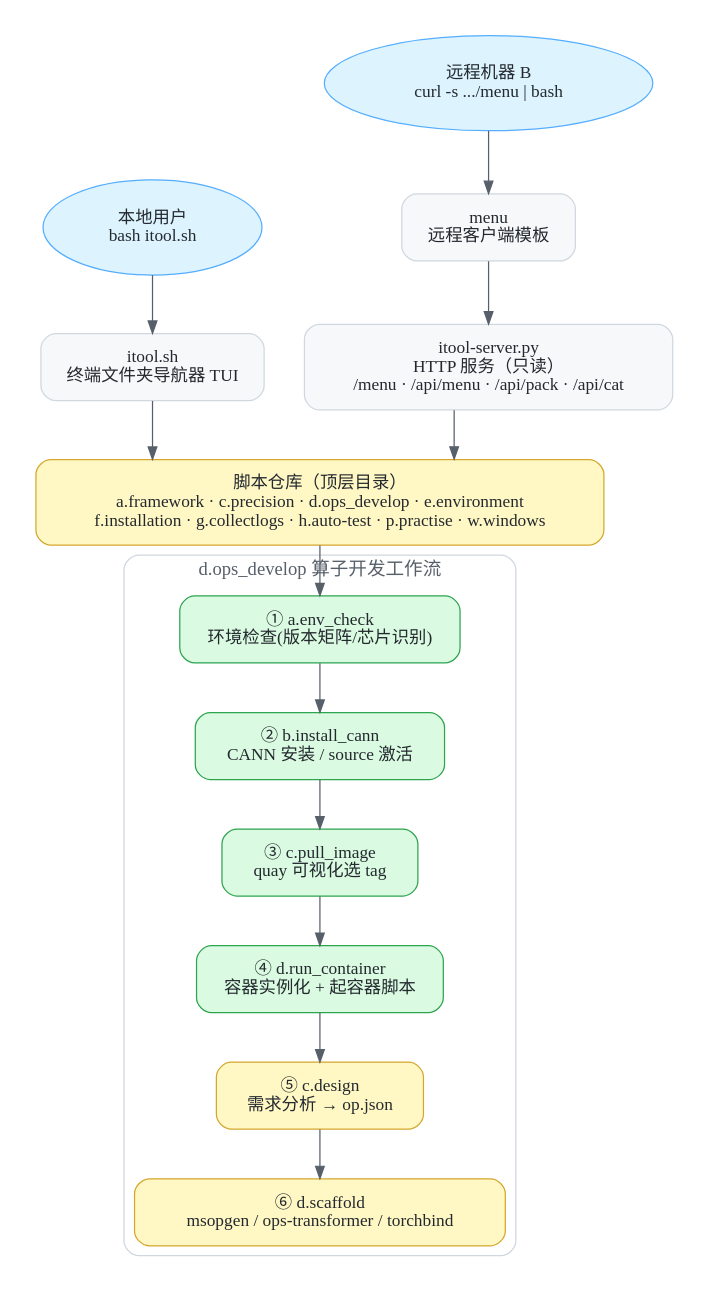
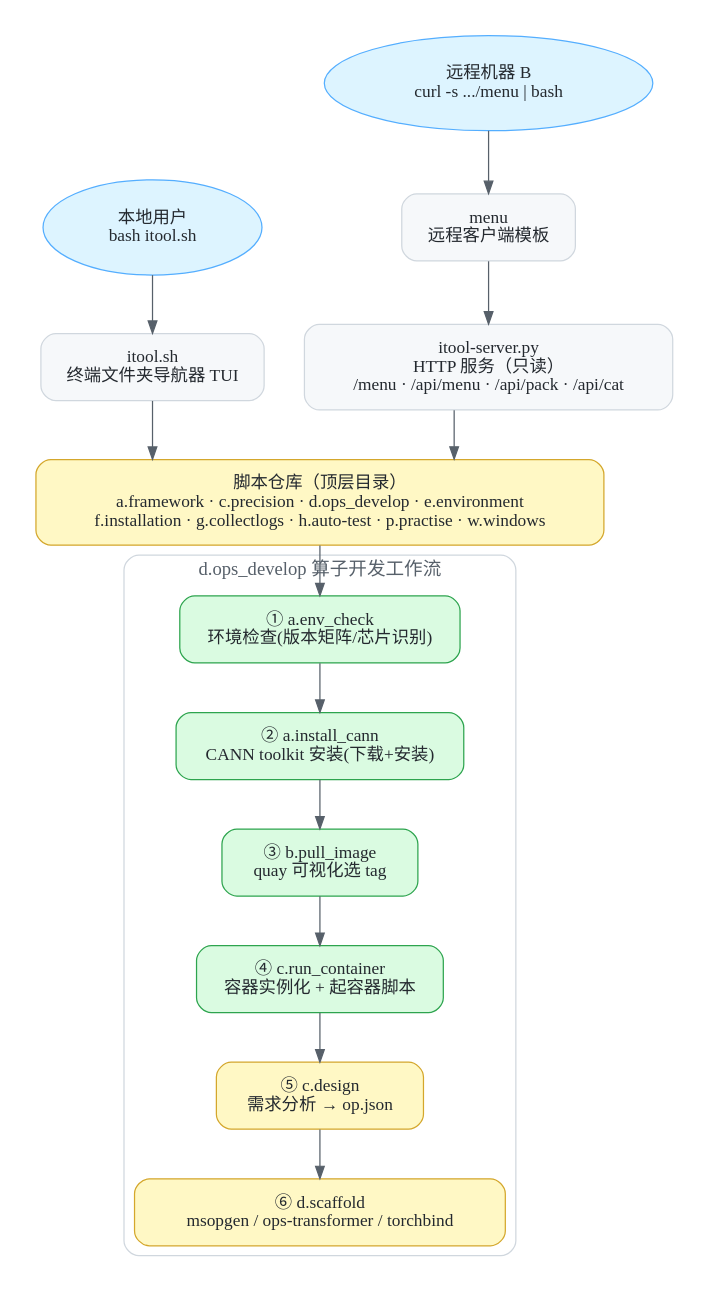
One commit to qqiushizi/itool changed the diagram in docs/itool-flow.dot. Above: the diagram before and after it, drawn with Graphviz. The commit also changed 11 other files, not shown here.

Commit message:
Merge CANN download/install into single toolkit installer

```diff
--- a/docs/itool-flow.dot
+++ b/docs/itool-flow.dot
@@ -1,65 +1,65 @@
 // itool 项目流程图 (Graphviz DOT)
 // 算子开发 ①→⑦ 流程图, 用于生成 docs/itool-flow.png
 // 重新生成:  dot -Tpng -Gdpi=120 docs/itool-flow.dot -o docs/itool-flow.png
 digraph itool {
   graph [
     rankdir=TB
     splines=ortho
     bgcolor="#ffffff"
     fontname="PingFang SC"
     fontsize=16
     nodesep=0.45
     ranksep=0.55
     pad=0.3
   ];
   node [
     shape=box
     style="rounded,filled"
     fontname="PingFang SC"
     fontsize=14
     fontcolor="#24292f"
     color="#d0d7de"
     fillcolor="#f6f8fa"
     margin="0.28,0.16"
   ];
   edge [
     color="#57606a"
     fontname="PingFang SC"
     fontsize=12
   ];
 
   // ===== 两个入口 =====
   L [label="本地用户\nbash itool.sh", shape=ellipse, fillcolor="#ddf4ff", color="#54aeff"];
   T [label="itool.sh\n终端文件夹导航器 TUI"];
   R [label="远程机器 B\ncurl -s .../menu | bash", shape=ellipse, fillcolor="#ddf4ff", color="#54aeff"];
   C [label="menu\n远程客户端模板"];
   S [label="itool-server.py\nHTTP 服务（只读）\n/menu · /api/menu · /api/pack · /api/cat"];
 
   // ===== 仓库主体 =====
   REPO [label="脚本仓库（顶层目录）\na.framework · c.precision · d.ops_develop · e.environment\nf.installation · g.collectlogs · h.auto-test · p.practise · w.windows", fillcolor="#fff8c5", color="#d4a72c"];
 
   // ===== 算子开发工作流 =====
   subgraph cluster_ops {
     label="d.ops_develop 算子开发工作流";
     style="rounded,filled";
     color="#d0d7de";
     fillcolor="#ffffff";
     fontcolor="#57606a";
     fontsize=15;
 
     S1 [label="① a.env_check\n环境检查(版本矩阵/芯片识别)", fillcolor="#dafbe1", color="#2da44e"];
-    S2 [label="② b.install_cann\nCANN 安装 / source 激活", fillcolor="#dafbe1", color="#2da44e"];
-    S3 [label="③ c.pull_image\nquay 可视化选 tag", fillcolor="#dafbe1", color="#2da44e"];
-    S4 [label="④ d.run_container\n容器实例化 + 起容器脚本", fillcolor="#dafbe1", color="#2da44e"];
+    S2 [label="② a.install_cann\nCANN toolkit 安装(下载+安装)", fillcolor="#dafbe1", color="#2da44e"];
+    S3 [label="③ b.pull_image\nquay 可视化选 tag", fillcolor="#dafbe1", color="#2da44e"];
+    S4 [label="④ c.run_container\n容器实例化 + 起容器脚本", fillcolor="#dafbe1", color="#2da44e"];
     S5 [label="⑤ c.design\n需求分析 → op.json", fillcolor="#fff8c5", color="#d4a72c"];
     S6 [label="⑥ d.scaffold\nmsopgen / ops-transformer / torchbind", fillcolor="#fff8c5", color="#d4a72c"];
   }
 
   // ===== 连线 =====
   L -> T;
   R -> C -> S;
   T -> REPO;
   S -> REPO;
   REPO -> S1;
   S1 -> S2 -> S3 -> S4 -> S5 -> S6;
 }
```
